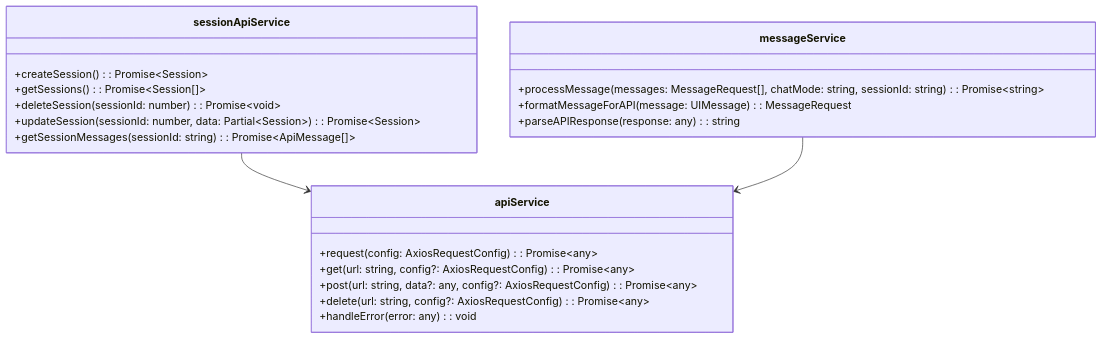
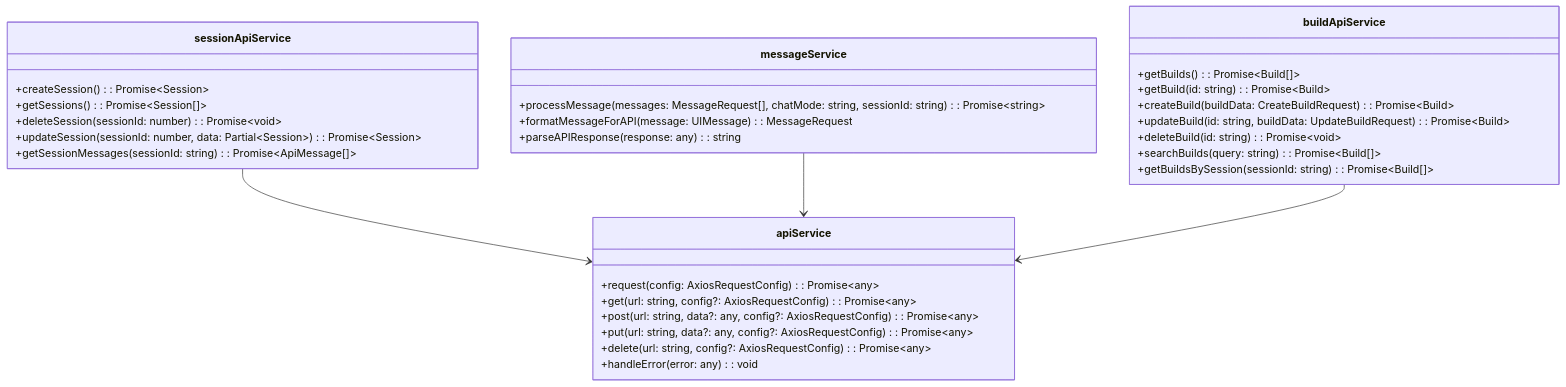
The eighth of 19 diagrams in docs/design-specification.md (p0pular131/askspec-chat-assistant), drawn with Mermaid before and after one commit. The commit also changed other lines of this file, not shown here.

First line of the commit message:
Fix: Improve design spec diagrams and add estimate features

````diff
--- a/docs/design-specification.md
+++ b/docs/design-specification.md
@@ -293,27 +488,39 @@
 ```mermaid
 classDiagram
     class sessionApiService {
         +createSession(): Promise~Session~
         +getSessions(): Promise~Session[]~
         +deleteSession(sessionId: number): Promise~void~
         +updateSession(sessionId: number, data: Partial~Session~): Promise~Session~
         +getSessionMessages(sessionId: string): Promise~ApiMessage[]~
     }
 
     class messageService {
         +processMessage(messages: MessageRequest[], chatMode: string, sessionId: string): Promise~string~
         +formatMessageForAPI(message: UIMessage): MessageRequest
         +parseAPIResponse(response: any): string
     }
 
+    class buildApiService {
+        +getBuilds(): Promise~Build[]~
+        +getBuild(id: string): Promise~Build~
+        +createBuild(buildData: CreateBuildRequest): Promise~Build~
+        +updateBuild(id: string, buildData: UpdateBuildRequest): Promise~Build~
+        +deleteBuild(id: string): Promise~void~
+        +searchBuilds(query: string): Promise~Build[]~
+        +getBuildsBySession(sessionId: string): Promise~Build[]~
+    }
+
     class apiService {
         +request(config: AxiosRequestConfig): Promise~any~
         +get(url: string, config?: AxiosRequestConfig): Promise~any~
         +post(url: string, data?: any, config?: AxiosRequestConfig): Promise~any~
+        +put(url: string, data?: any, config?: AxiosRequestConfig): Promise~any~
         +delete(url: string, config?: AxiosRequestConfig): Promise~any~
         +handleError(error: any): void
     }
 
     sessionApiService --> apiService
     messageService --> apiService
+    buildApiService --> apiService
 ```
````
